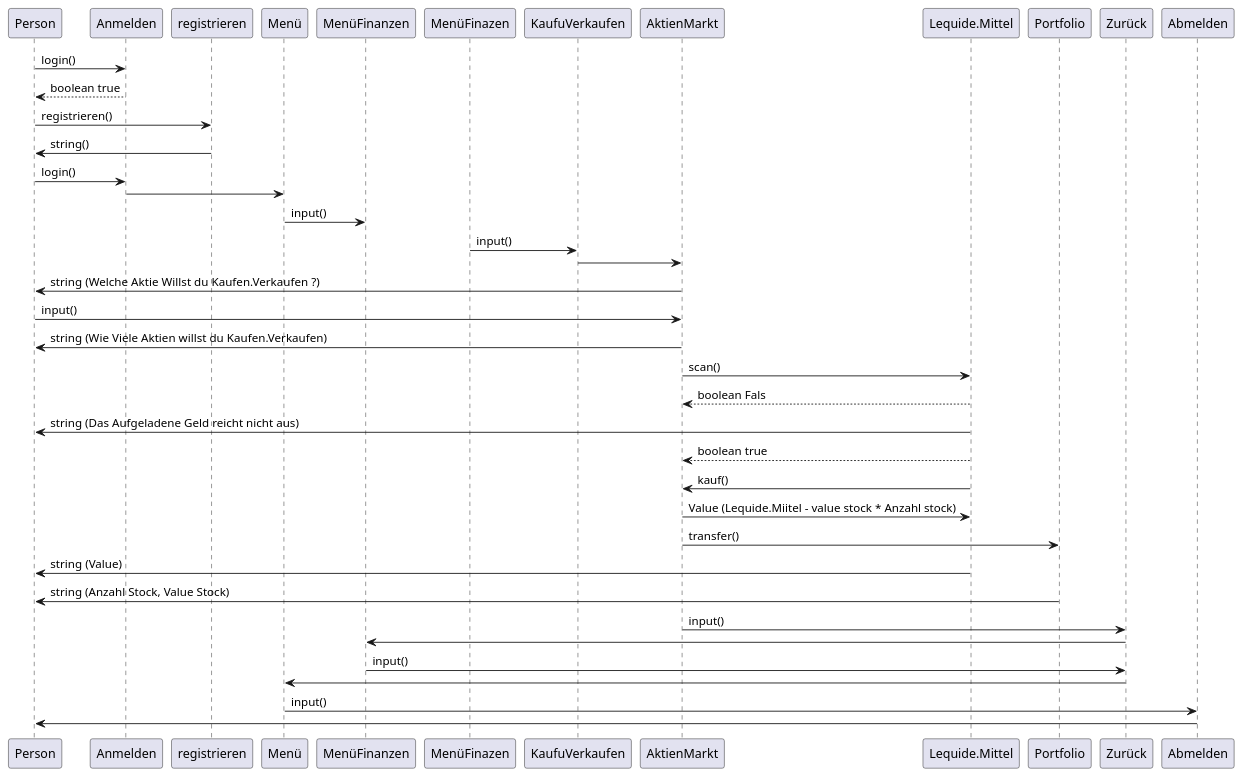
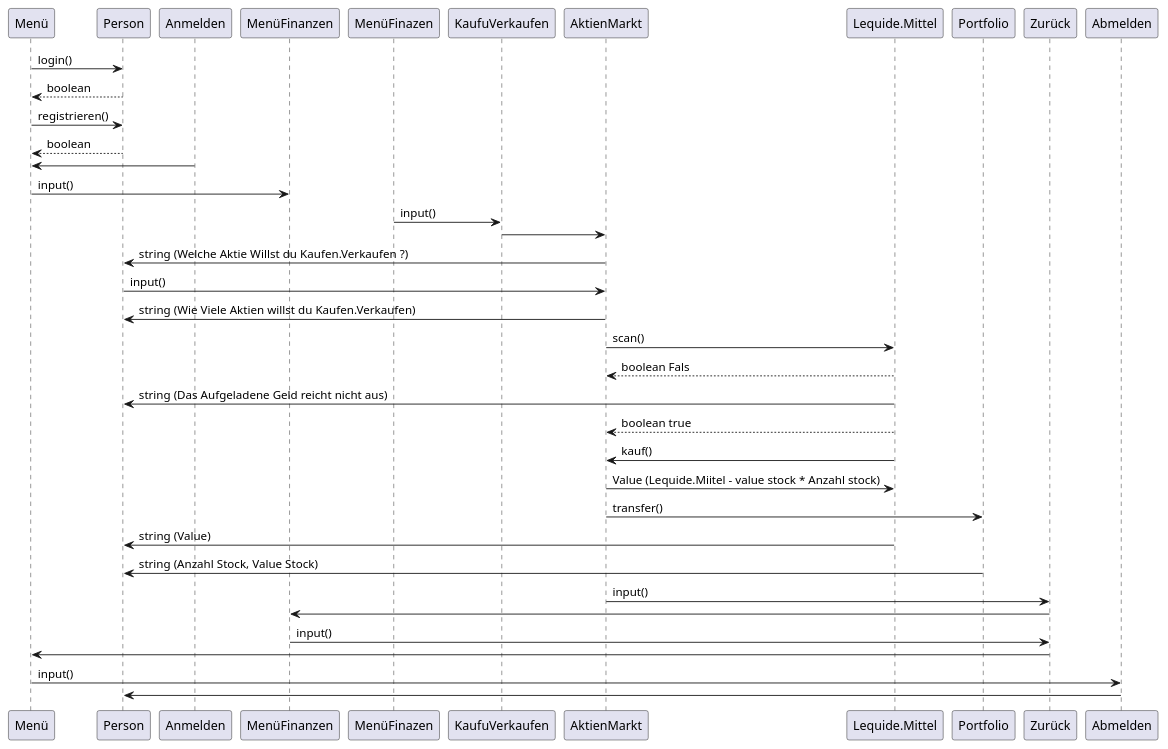
The second of 4 diagrams in Docs/Pflichtenheft/Diagramm/SequenzDiagramm.iuml (TimRoffel1337/Verwaltungssoftware_Team_1), drawn with PlantUML before and after one commit. The commit also changed other lines of this file and 1 other file, not shown here.

```diff
--- a/Docs/Pflichtenheft/Diagramm/SequenzDiagramm.iuml
+++ b/Docs/Pflichtenheft/Diagramm/SequenzDiagramm.iuml
@@ -30,31 +23,30 @@
 @startuml
 
-Person -> Anmelden :login()
-Anmelden --> Person : boolean true
-Person -> registrieren :registrieren()
-registrieren -> Person :string() 
-Person -> Anmelden  :login()
+Menü -> Person : login()
+Person --> Menü : boolean
+Menü -> Person : registrieren()
+Person --> Menü : boolean
 Anmelden -> Menü 
 Menü -> MenüFinanzen : input() 
 MenüFinazen -> KaufuVerkaufen :input()
 KaufuVerkaufen -> AktienMarkt 
 AktienMarkt -> Person : string (Welche Aktie Willst du Kaufen.Verkaufen ?)
 Person -> AktienMarkt : input() 
 AktienMarkt -> Person : string (Wie Viele Aktien willst du Kaufen.Verkaufen)  
 AktienMarkt-> Lequide.Mittel: scan()
 Lequide.Mittel --> AktienMarkt: boolean Fals
 Lequide.Mittel -> Person : string (Das Aufgeladene Geld reicht nicht aus)
 Lequide.Mittel --> AktienMarkt: boolean true
 Lequide.Mittel -> AktienMarkt: kauf()
 AktienMarkt -> Lequide.Mittel: Value (Lequide.Miitel - value stock * Anzahl stock)
 AktienMarkt -> Portfolio : transfer()
 Lequide.Mittel -> Person : string (Value)
 Portfolio -> Person : string (Anzahl Stock, Value Stock) 
 AktienMarkt -> Zurück: input()
 Zurück -> MenüFinanzen
 MenüFinanzen -> Zurück : input()
 Zurück -> Menü 
 Menü -> Abmelden : input()
 Abmelden -> Person
 
 @enduml
```
